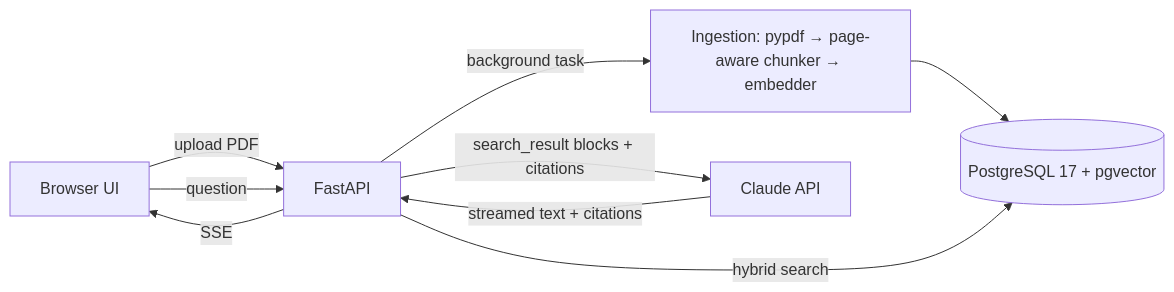
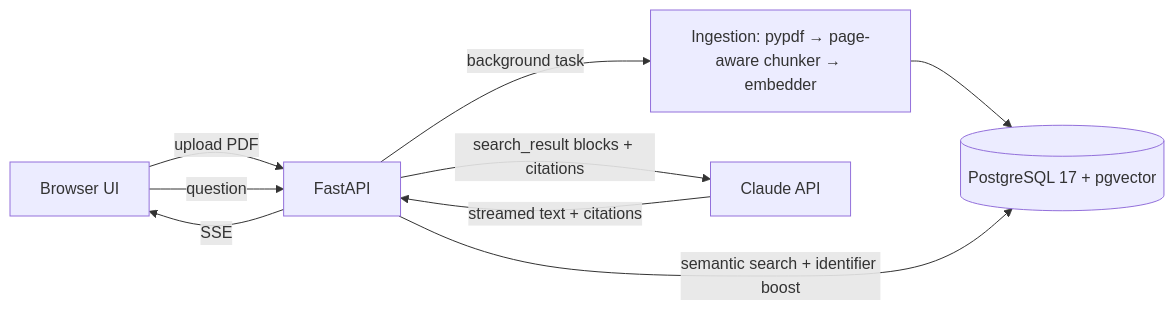
The diagram in docs/ARCHITECTURE.md (Hamann1188/ai-document-assistant), drawn with Mermaid before and after one commit. The commit also changed 4 other files, not shown here.

````diff
--- a/docs/ARCHITECTURE.md
+++ b/docs/ARCHITECTURE.md
@@ -19,11 +19,11 @@
 ```mermaid
 flowchart LR
   U[Browser UI] -- upload PDF --> API[FastAPI]
   U -- question --> API
   API -- background task --> ING[Ingestion: pypdf → page-aware chunker → embedder]
   ING --> DB[(PostgreSQL 17 + pgvector)]
-  API -- hybrid search --> DB
+  API -- semantic search + identifier boost --> DB
   API -- search_result blocks + citations --> C[Claude API]
   C -- streamed text + citations --> API
   API -- SSE --> U
 ```
````
